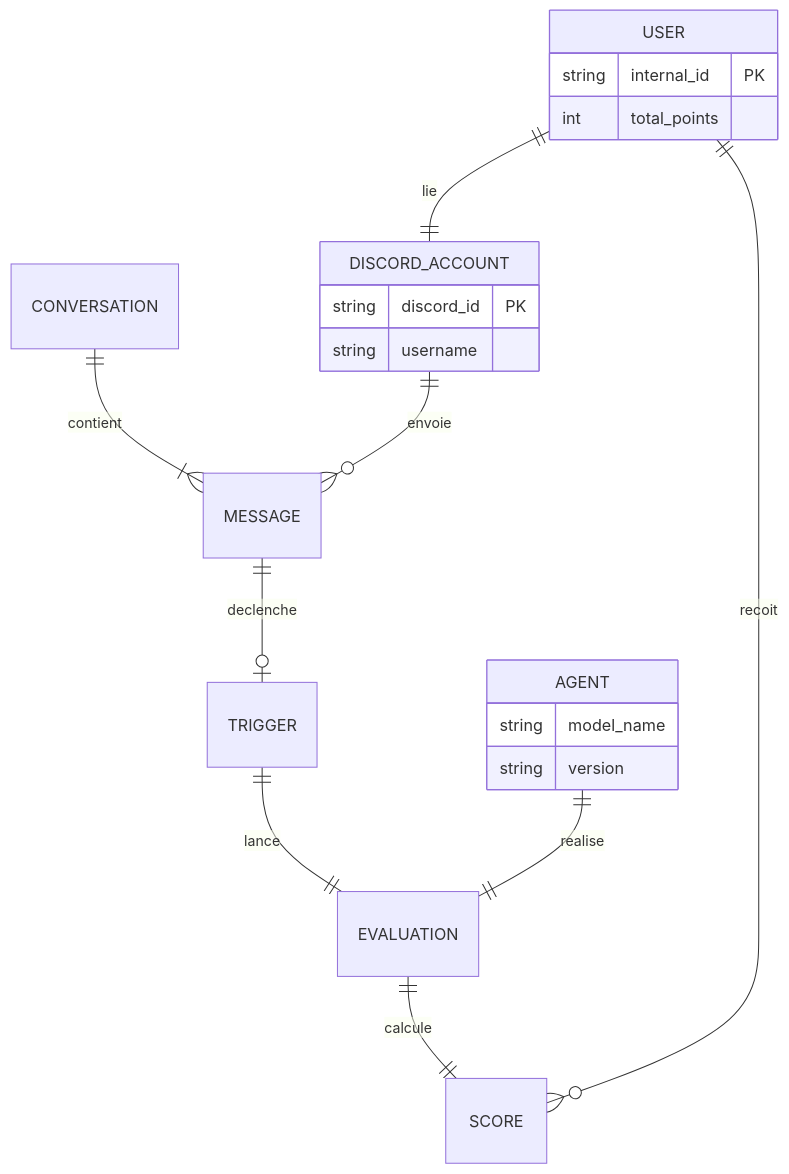
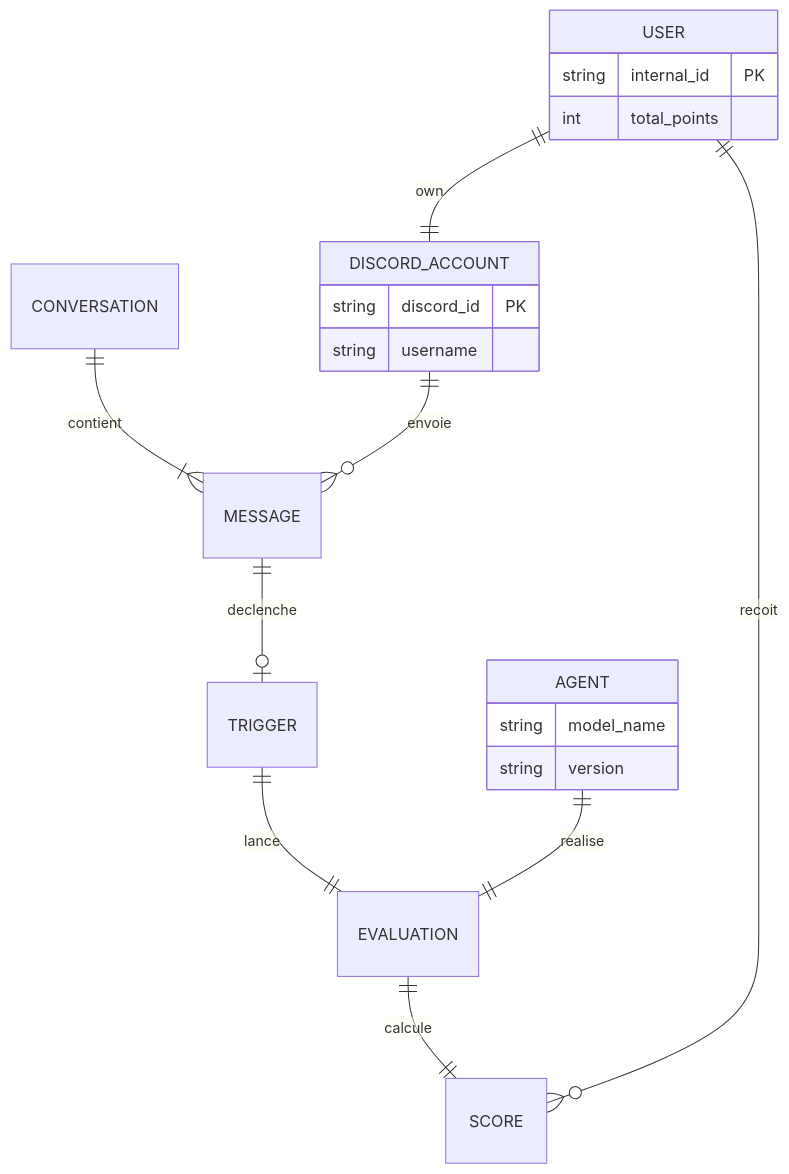
The diagram in Schéma Ydays.md (MyTwin-Lab/leaderboard), drawn with Mermaid before and after one commit. The commit also changed other lines of this file, not shown here.

Commit message:
Update ER diagram in Schéma Ydays.md

````diff
--- a/Schéma Ydays.md
+++ b/Schéma Ydays.md
@@ -1,34 +1,34 @@
 ```mermaid
 erDiagram
     %% Entités principales
     USER {
         string internal_id PK
         int total_points
     }
     
     DISCORD_ACCOUNT {
         string discord_id PK
         string username
     }
 
     AGENT {
         string model_name
         string version
     }
 
     %% Le Flux de conversation
     CONVERSATION ||--|{ MESSAGE : contient
     DISCORD_ACCOUNT ||--o{ MESSAGE : envoie
     
     %% Le Trigger
     MESSAGE ||--o| TRIGGER : declenche
     TRIGGER ||--|| EVALUATION : lance
 
     %% L'Evaluation
     AGENT ||--|| EVALUATION : realise
     EVALUATION ||--|| SCORE : calcule
 
     %% La liaison finale et stockage
-    USER ||--|| DISCORD_ACCOUNT : lie
+    USER ||--|| DISCORD_ACCOUNT : own
     USER ||--o{ SCORE : recoit
 ```
````
